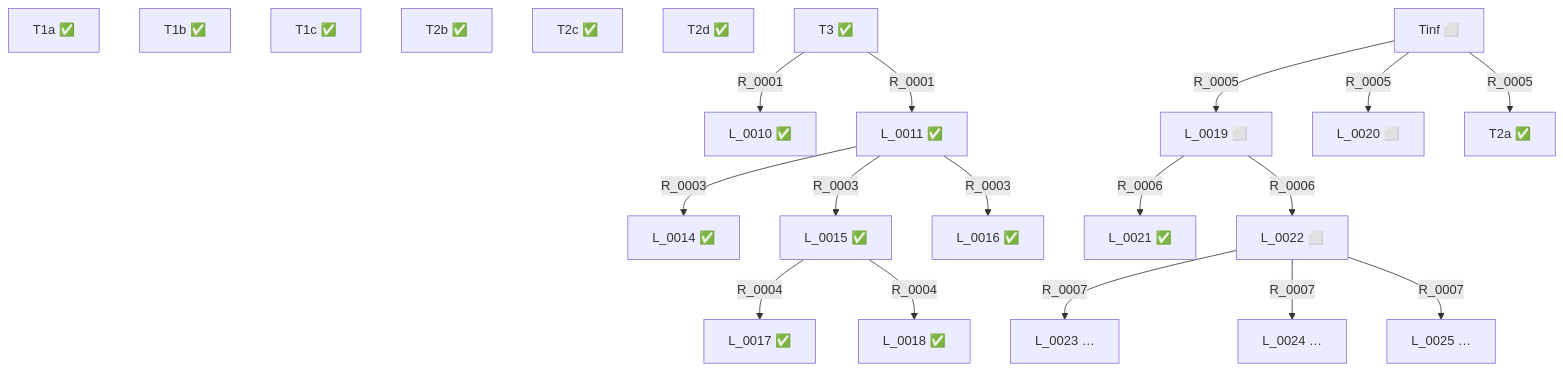
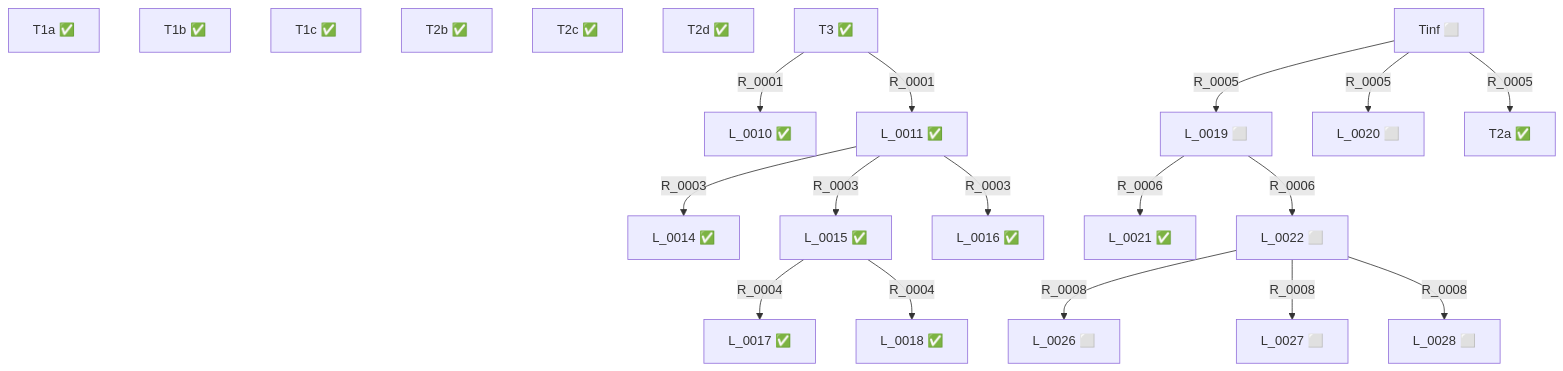
The diagram in STATUS.md (ruca-maths/nickel), drawn with Mermaid before and after one commit. The commit also changed other lines of this file and 7 other files, not shown here.

Commit message:
architect-1: Proofs.R_0008 を受理

````diff
--- a/STATUS.md
+++ b/STATUS.md
@@ -41,41 +41,41 @@
 ```mermaid
 graph TD
   L_0001["T1a ✅"]
   L_0002["T1b ✅"]
   L_0003["T1c ✅"]
   L_0004["T2a ✅"]
   L_0005["T2b ✅"]
   L_0006["T2c ✅"]
   L_0007["T2d ✅"]
   L_0008["T3 ✅"]
   L_0009["Tinf ⬜"]
   L_0010["L_0010 ✅"]
   L_0011["L_0011 ✅"]
   L_0014["L_0014 ✅"]
   L_0015["L_0015 ✅"]
   L_0016["L_0016 ✅"]
   L_0017["L_0017 ✅"]
   L_0018["L_0018 ✅"]
   L_0019["L_0019 ⬜"]
   L_0020["L_0020 ⬜"]
   L_0021["L_0021 ✅"]
   L_0022["L_0022 ⬜"]
-  L_0023["L_0023 …"]
-  L_0024["L_0024 …"]
-  L_0025["L_0025 …"]
+  L_0026["L_0026 ⬜"]
+  L_0027["L_0027 ⬜"]
+  L_0028["L_0028 ⬜"]
   L_0008 -->|R_0001| L_0010
   L_0008 -->|R_0001| L_0011
   L_0011 -->|R_0003| L_0014
   L_0011 -->|R_0003| L_0015
   L_0011 -->|R_0003| L_0016
   L_0015 -->|R_0004| L_0017
   L_0015 -->|R_0004| L_0018
   L_0009 -->|R_0005| L_0019
   L_0009 -->|R_0005| L_0020
   L_0009 -->|R_0005| L_0004
   L_0019 -->|R_0006| L_0021
   L_0019 -->|R_0006| L_0022
-  L_0022 -->|R_0007| L_0023
-  L_0022 -->|R_0007| L_0024
-  L_0022 -->|R_0007| L_0025
+  L_0022 -->|R_0008| L_0026
+  L_0022 -->|R_0008| L_0027
+  L_0022 -->|R_0008| L_0028
 ```
````
